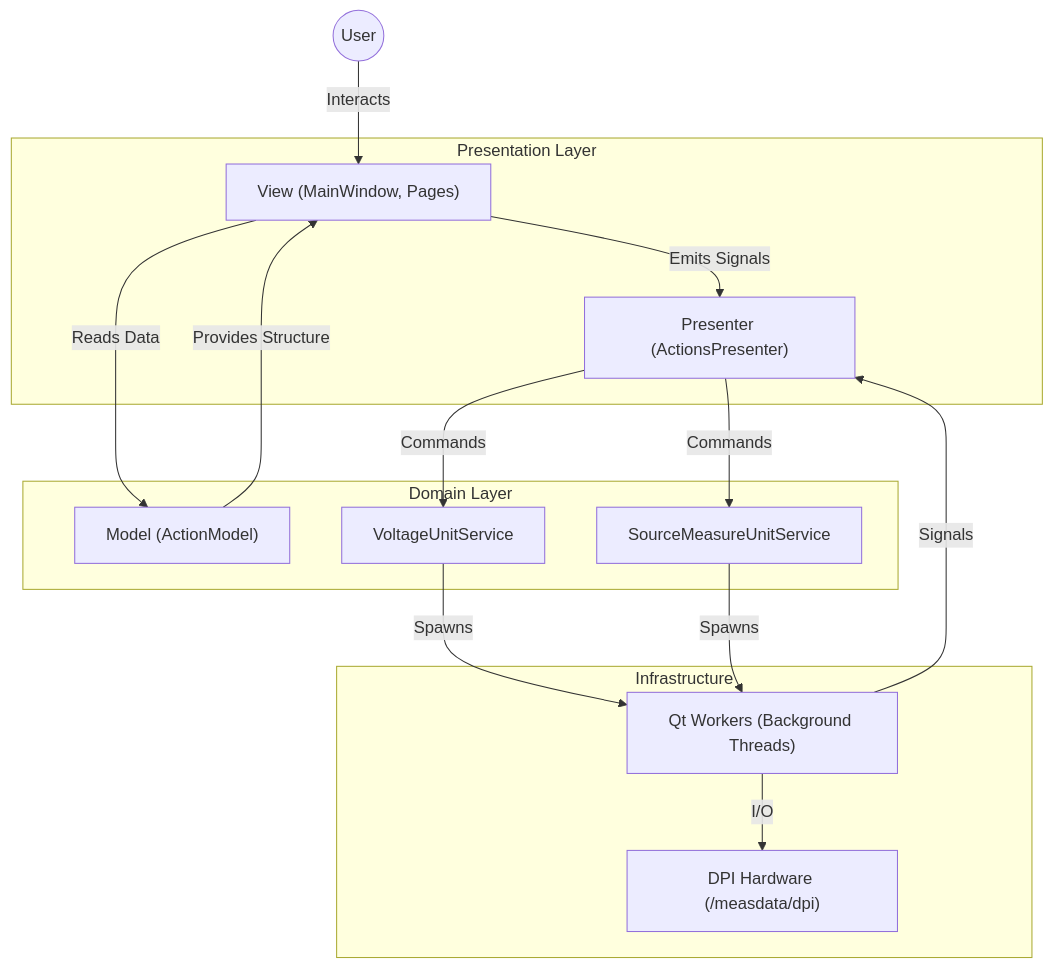
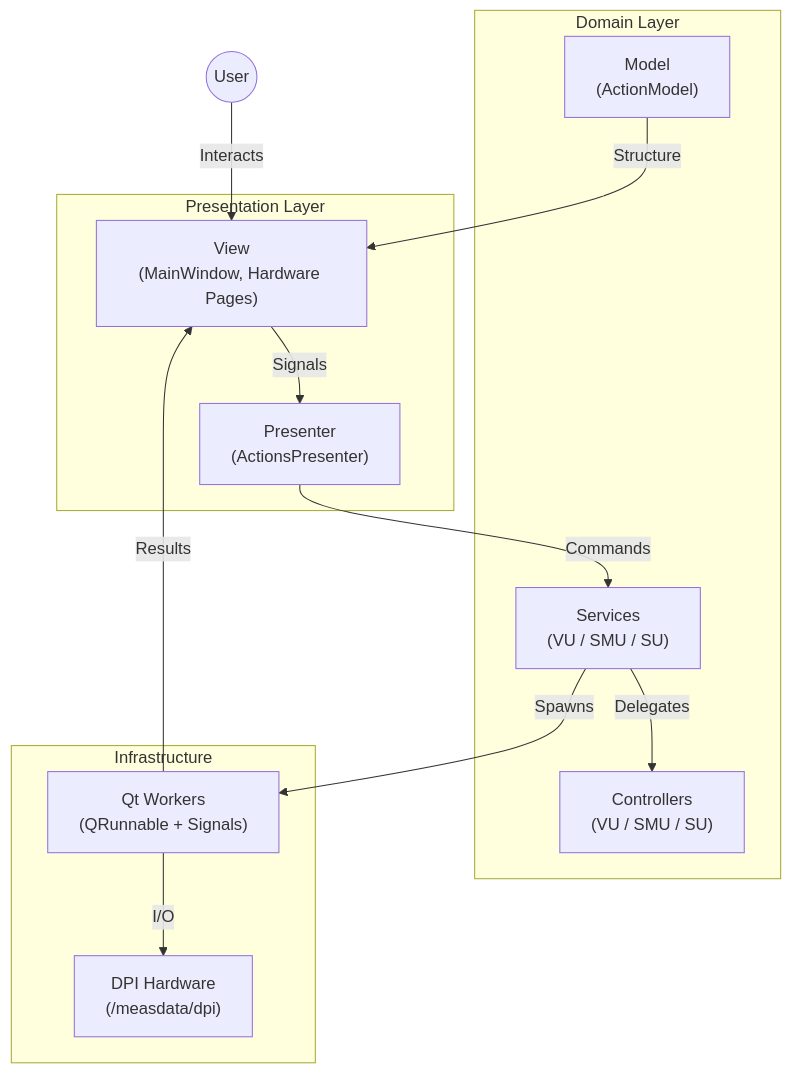
One commit to Konoszaf1/HardwareGUI changed the diagram in README.md. Above: the diagram before and after it, drawn with Mermaid. The commit also changed other lines of this file and 31 other files, not shown here.

````diff
--- a/README.md
+++ b/README.md
@@ -74,29 +68,27 @@
 ```mermaid
 graph TD
-    subgraph Presentation_Layer [Presentation Layer]
-        View["View (MainWindow, Pages)"]
-        Presenter["Presenter (ActionsPresenter)"]
+    subgraph Presentation ["Presentation Layer"]
+        View["View\n(MainWindow, Hardware Pages)"]
+        Presenter["Presenter\n(ActionsPresenter)"]
     end
 
-    subgraph Domain_Layer [Domain Layer]
-        Model["Model (ActionModel)"]
-        VUService["VoltageUnitService"]
-        SMUService["SourceMeasureUnitService"]
+    subgraph Domain ["Domain Layer"]
+        Model["Model\n(ActionModel)"]
+        Services["Services\n(VU / SMU / SU)"]
+        Controllers["Controllers\n(VU / SMU / SU)"]
     end
 
-    subgraph Infrastructure [Infrastructure]
-        Workers["Qt Workers (Background Threads)"]
-        Hardware["DPI Hardware (/measdata/dpi)"]
+    subgraph Infra ["Infrastructure"]
+        Workers["Qt Workers\n(QRunnable + Signals)"]
+        Hardware["DPI Hardware\n(/measdata/dpi)"]
     end
 
     User((User)) -->|Interacts| View
-    View -->|Emits Signals| Presenter
-    View -->|Reads Data| Model
-    Presenter -->|Commands| VUService
-    Presenter -->|Commands| SMUService
-    VUService -->|Spawns| Workers
-    SMUService -->|Spawns| Workers
+    View -->|Signals| Presenter
+    Presenter -->|Commands| Services
+    Services -->|Delegates| Controllers
+    Services -->|Spawns| Workers
     Workers -->|I/O| Hardware
-    Workers -->|Signals| Presenter
-    Model -->|Provides Structure| View
+    Workers -->|Results| View
+    Model -->|Structure| View
 ```
````
